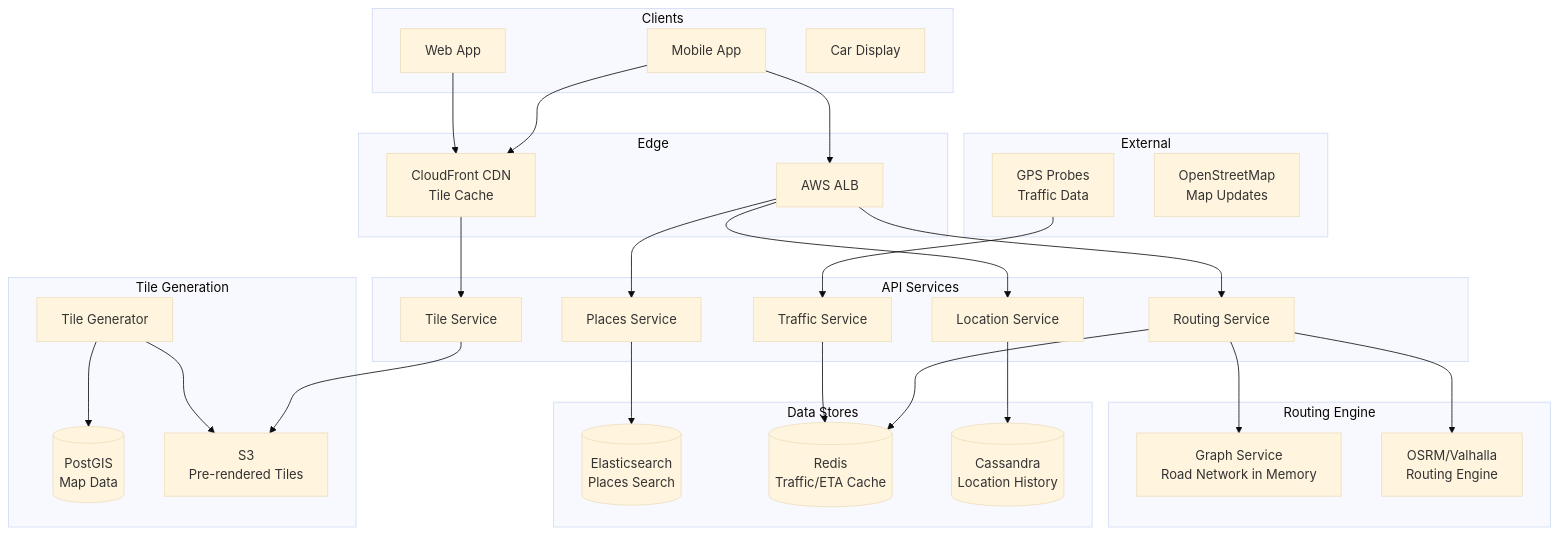
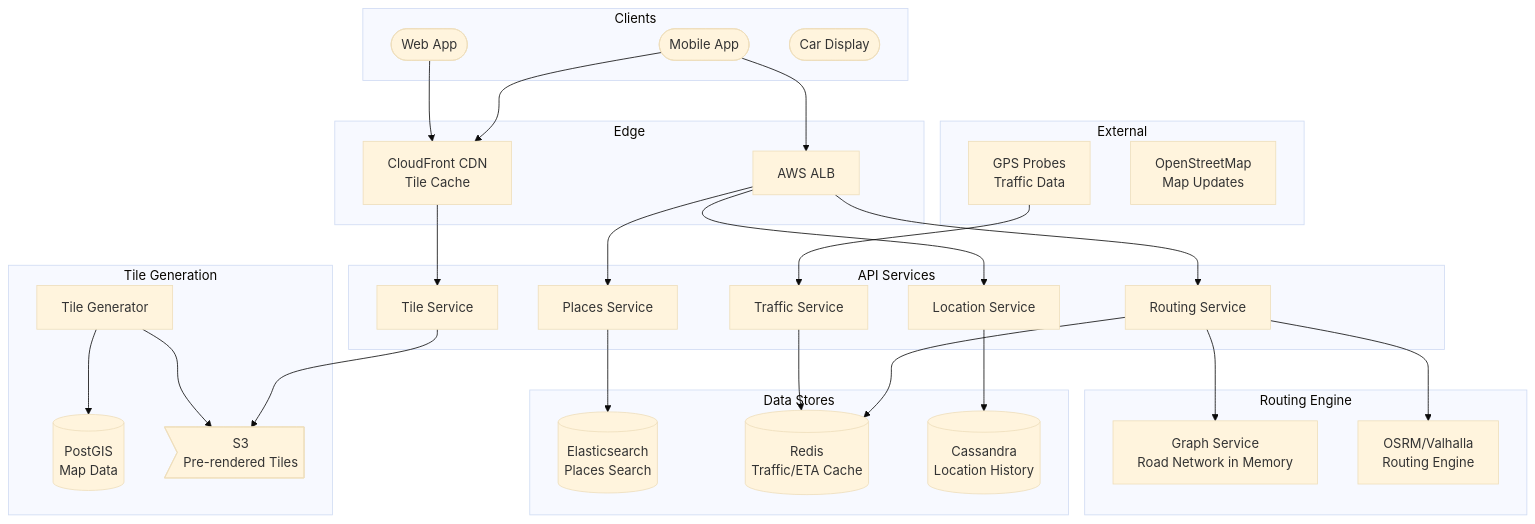
One commit to ShanmugaGanesh1999/Portfolio changed the diagram in docs/prep/System Design/06-Case-Studies/12-google-maps.md. Above: the diagram before and after it, drawn with Mermaid (base theme). The commit also changed 40 other files, not shown here.

First line of the commit message:
Refactor diagram node rendering to use reusable shape components

````diff
--- a/docs/prep/System Design/06-Case-Studies/12-google-maps.md
+++ b/docs/prep/System Design/06-Case-Studies/12-google-maps.md
@@ -51,61 +51,61 @@
 ```mermaid
 graph TD
     subgraph Clients
-        C1[Mobile App]
-        C2[Web App]
-        C3[Car Display]
+        C1([Mobile App])
+        C2([Web App])
+        C3([Car Display])
     end
     
     subgraph Edge
         CDN[CloudFront CDN<br/>Tile Cache]
         LB[AWS ALB]
     end
     
     subgraph API Services
         TS[Tile Service]
         PS[Places Service]
         RS[Routing Service]
         LS[Location Service]
         TRAFFIC[Traffic Service]
     end
     
     subgraph Tile Generation
         TG[Tile Generator]
         MAPDATA[(PostGIS<br/>Map Data)]
-        TILES[S3<br/>Pre-rendered Tiles]
+        TILES>S3<br/>Pre-rendered Tiles]
     end
     
     subgraph Routing Engine
         GRAPH[Graph Service<br/>Road Network in Memory]
         OSRM[OSRM/Valhalla<br/>Routing Engine]
     end
     
     subgraph Data Stores
         ES[(Elasticsearch<br/>Places Search)]
         REDIS[(Redis<br/>Traffic/ETA Cache)]
         CASSANDRA[(Cassandra<br/>Location History)]
     end
     
     subgraph External
         GPS[GPS Probes<br/>Traffic Data]
         OSM[OpenStreetMap<br/>Map Updates]
     end
     
     C1 --> CDN
     C2 --> CDN
     CDN --> TS
     C1 --> LB
     LB --> PS
     LB --> RS
     LB --> LS
     TS --> TILES
     TG --> MAPDATA
     TG --> TILES
     PS --> ES
     RS --> GRAPH
     RS --> OSRM
     RS --> REDIS
     TRAFFIC --> REDIS
     GPS --> TRAFFIC
     LS --> CASSANDRA
 ```
````
